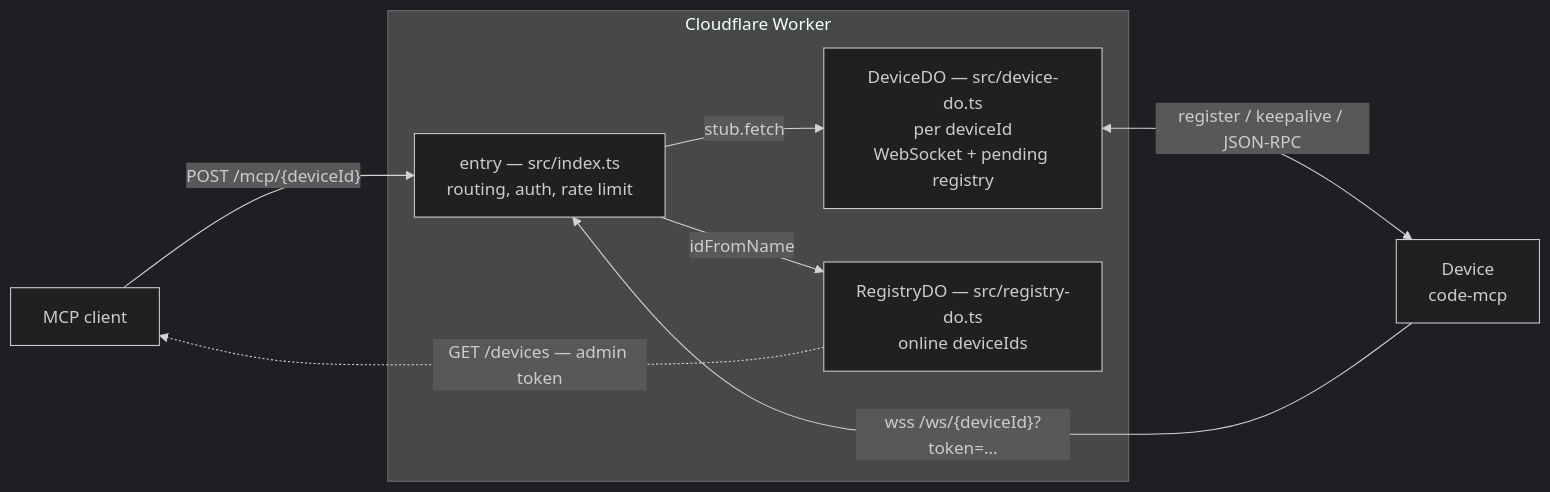
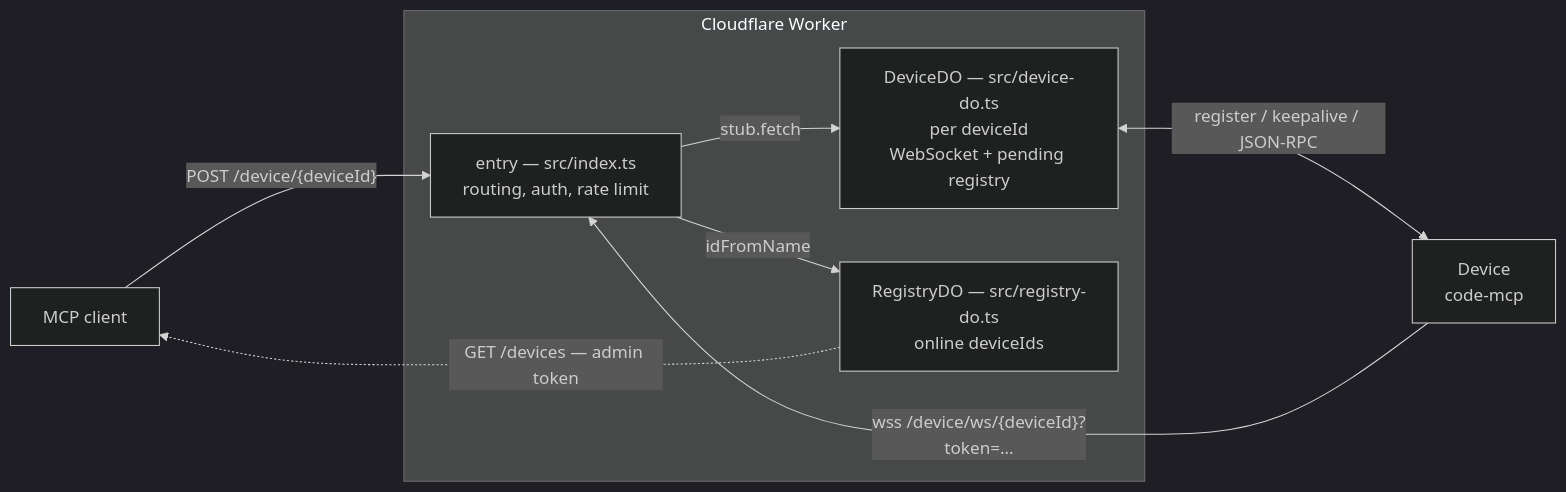
One commit to Tuanm/prime changed the first of 2 diagrams in api/README.md. Above: the diagram before and after it, drawn with Mermaid (dark theme). The commit also changed other lines of this file and 16 other files, not shown here.

````diff
--- a/api/README.md
+++ b/api/README.md
@@ -18,14 +18,14 @@
 ```mermaid
 flowchart LR
-    C[MCP client] -->|"POST /mcp/{deviceId}"| W
-    D[Device<br/>code-mcp] -->|"wss /ws/{deviceId}?token=…"| W
+    C[MCP client] -->|"POST /device/{deviceId}"| W
+    D[Device<br/>code-mcp] -->|"wss /device/ws/{deviceId}?token=…"| W
     subgraph CF [Cloudflare Worker]
         W[entry — src/index.ts<br/>routing, auth, rate limit]
         DO[DeviceDO — src/device-do.ts<br/>per deviceId<br/>WebSocket + pending registry]
         R[RegistryDO — src/registry-do.ts<br/>online deviceIds]
     end
     W -->|stub.fetch| DO
     W -->|idFromName| R
     DO <-->|"register / keepalive / JSON-RPC"| D
     R -.->|"GET /devices — admin token"| C
 ```
````
